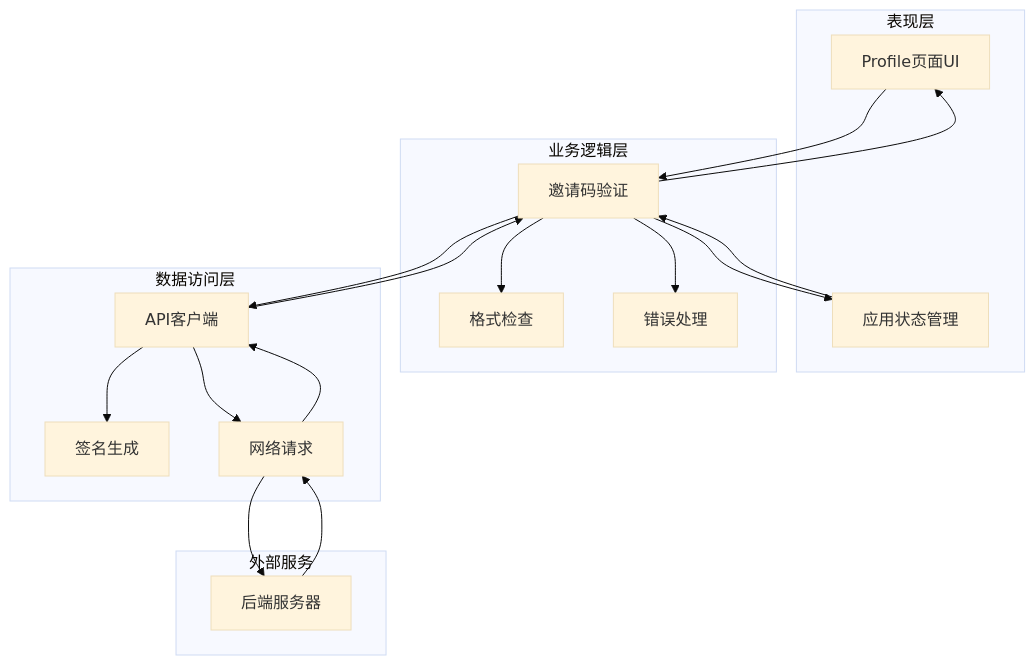
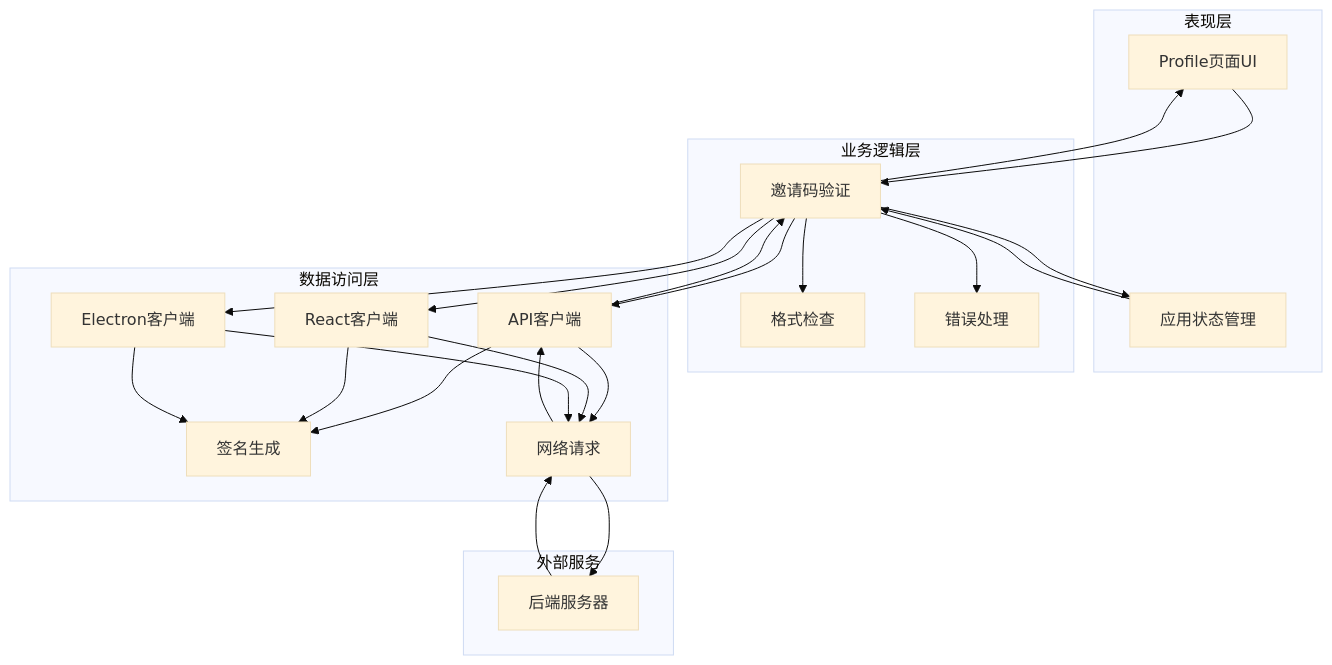
Before and after one commit to verse-ai-org/openclaw: the fourth of 7 diagrams in .qoder/repowiki/zh/content/核心概念/Profile功能设计文档/Profile邀请码集成.md, drawn with Mermaid (base theme). The commit also changed other lines of this file and 24 other files, not shown here.

````diff
--- a/.qoder/repowiki/zh/content/核心概念/Profile功能设计文档/Profile邀请码集成.md
+++ b/.qoder/repowiki/zh/content/核心概念/Profile功能设计文档/Profile邀请码集成.md
@@ -140,33 +188,41 @@
 ```mermaid
 graph TD
 subgraph "表现层"
 UI[Profile页面UI]
 State[应用状态管理]
 end
 subgraph "业务逻辑层"
 Verify[邀请码验证]
 Format[格式检查]
 Error[错误处理]
 end
 subgraph "数据访问层"
 Client[API客户端]
+ReactClient[React客户端]
+ElectronClient[Electron客户端]
 Sign[签名生成]
 Network[网络请求]
 end
 subgraph "外部服务"
 Server[后端服务器]
 end
 UI --> Verify
 State --> Verify
 Verify --> Format
 Verify --> Error
 Verify --> Client
+Verify --> ReactClient
+Verify --> ElectronClient
 Client --> Sign
+ReactClient --> Sign
+ElectronClient --> Sign
 Client --> Network
+ReactClient --> Network
+ElectronClient --> Network
 Network --> Server
 Server --> Network
 Network --> Client
 Client --> Verify
 Verify --> State
 Verify --> UI
 ```
````
